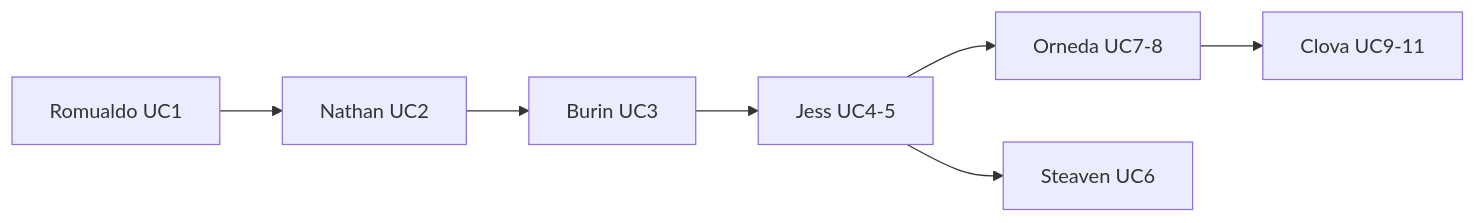
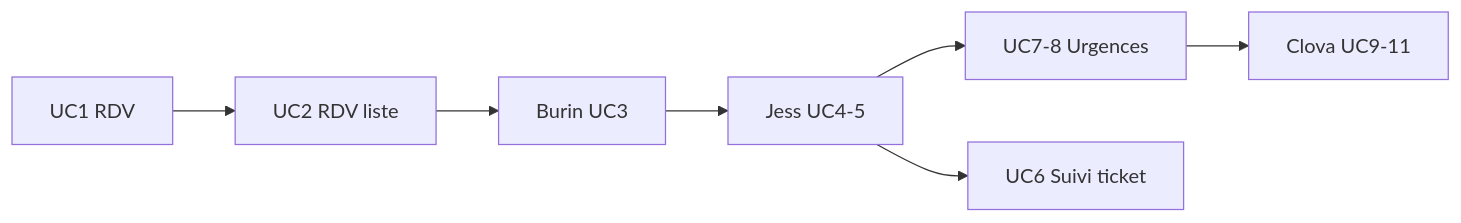
The diagram in docs/ROADMAP.md (rsebany/Tsiry), drawn with Mermaid before and after one commit. The commit also changed other lines of this file and 164 other files, not shown here.

````diff
--- a/docs/ROADMAP.md
+++ b/docs/ROADMAP.md
@@ -27,9 +96,9 @@
 ```mermaid
 flowchart LR
-  UC1[Romualdo UC1] --> UC2[Nathan UC2]
+  UC1[UC1 RDV] --> UC2[UC2 RDV liste]
   UC2 --> UC3[Burin UC3]
   UC3 --> UC4[Jess UC4-5]
-  UC4 --> UC7[Orneda UC7-8]
+  UC4 --> UC7[UC7-8 Urgences]
   UC7 --> UC9[Clova UC9-11]
-  UC4 --> UC6[Steaven UC6]
+  UC4 --> UC6[UC6 Suivi ticket]
 ```
````
